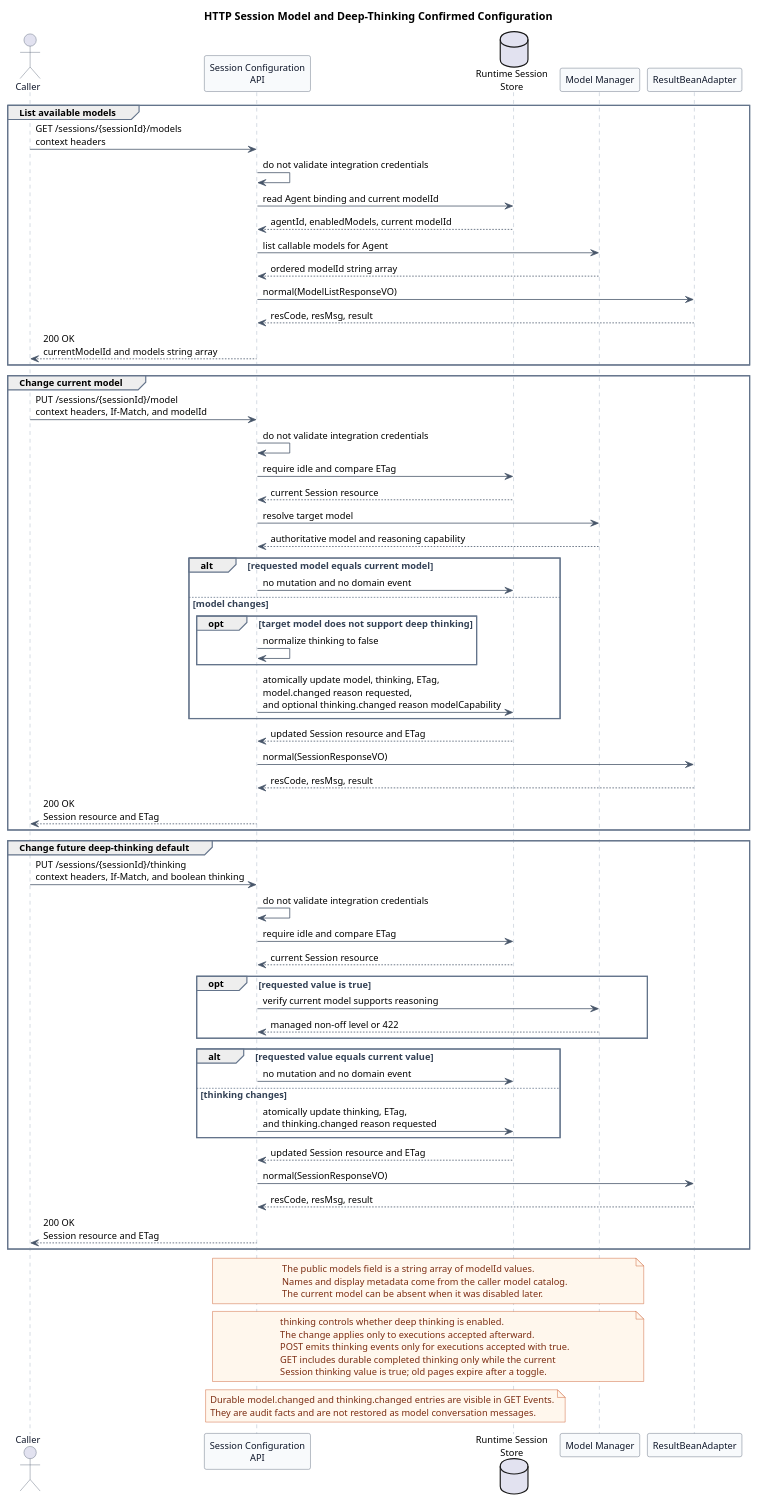
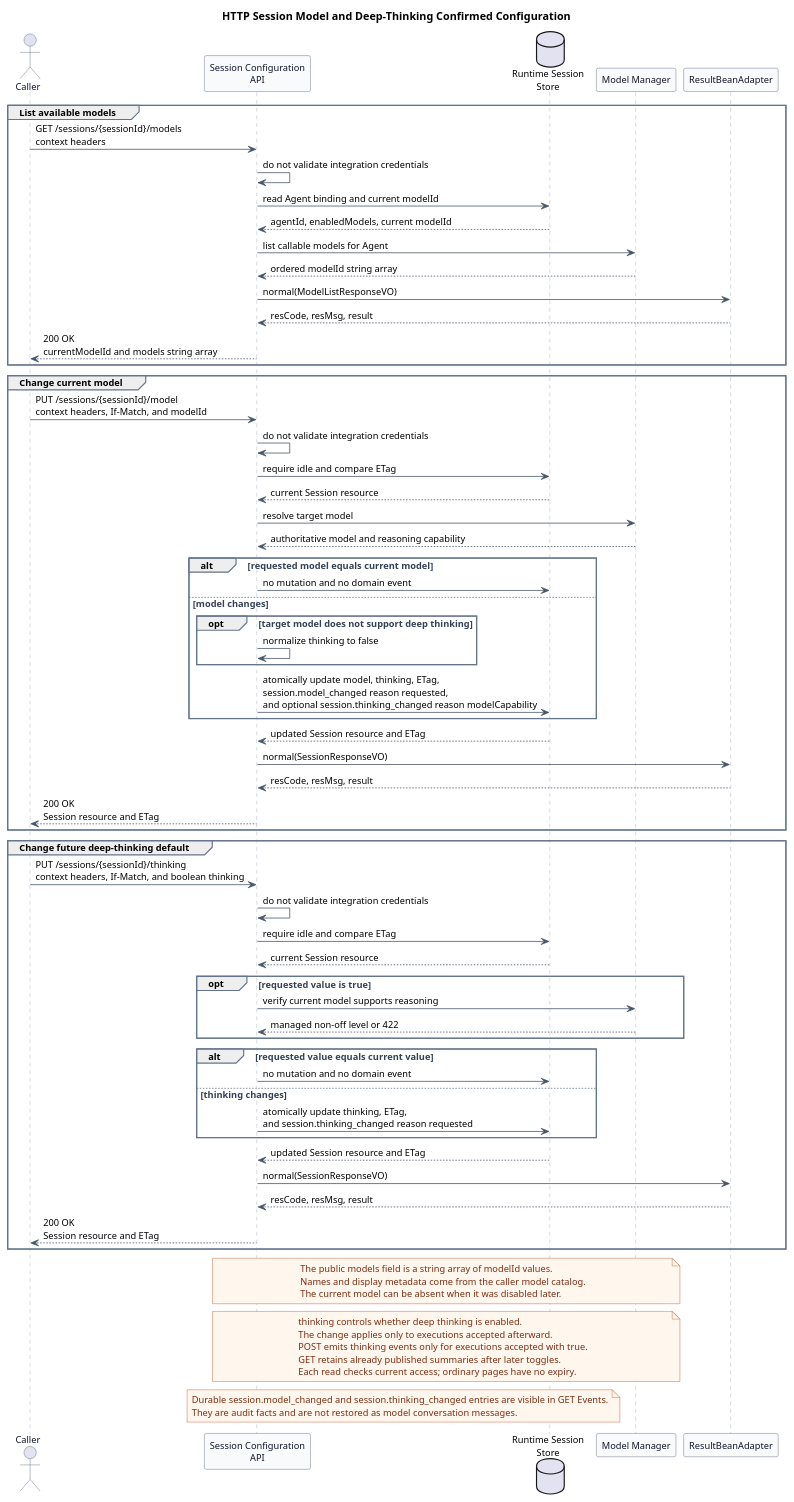
The diagram in 01-总体架构/01-CampusClaw多Agent运行时/设计图/会话配置/diagram.puml (ssm0808/pi-mono-java-design), drawn with PlantUML before and after one commit. The commit also changed 52 other files, not shown here.

Commit message:
docs(api): 完成 Events 与 Skill 接口批量对齐

```diff
--- a/01-总体架构/01-CampusClaw多Agent运行时/设计图/会话配置/diagram.puml
+++ b/01-总体架构/01-CampusClaw多Agent运行时/设计图/会话配置/diagram.puml
@@ -1,129 +1,129 @@
 @startuml http_session_model_configuration
 title HTTP Session Model and Deep-Thinking Confirmed Configuration
 
 ' Source evidence (pi-mono commit 5cd93f688aaab89dbb6dfa4aca535f21796ae185):
 ' packages/coding-agent/src/core/agent-session.ts, setModel and setThinkingLevel,
 ' lines 1586-1600 and 1684-1730
 ' packages/ai/src/types.ts, Model, lines 793-809
 ' packages/ai/src/models.ts, getSupportedThinkingLevels, lines 900-910
 ' Source evidence (pi-mono-java PR 167 f60cc3e78bb8b700527ac082c7c8e10524ede095):
 ' modules/coding-agent-cli/src/main/java/com/campusclaw/codingagent/runtimeapi/session/RuntimeSessionConfigurationService.java.
 ' modules/coding-agent-cli/src/main/java/com/campusclaw/codingagent/runtimeapi/web/RuntimeSessionConfigurationController.java.
 ' modules/coding-agent-cli/src/main/java/com/campusclaw/codingagent/runtimeapi/model/CatalogRuntimeModelManager.java.
 ' Source evidence (pi-mono-java PR 167 f60cc3e78bb8b700527ac082c7c8e10524ede095):
 ' modules/coding-agent-cli/src/main/java/com/campusclaw/codingagent/runtimeapi/vo/AvailableModelsResponseVO.java.
 ' modules/coding-agent-cli/src/main/java/com/campusclaw/codingagent/runtimeapi/vo/ChangeModelRequestVO.java.
 ' Observed behavior: current Java paths and model fields are snake_case.
 ' Observed behavior: both pi baselines can list models and change the active model.
 ' Their thinkingLevel values control model reasoning effort.
 ' Confirmed product constraint: HTTP thinking is a boolean deep-thinking switch; false maps to off,
 ' while true maps to a managed non-off level supported by the current model and Agent.
 ' Security hardening: model discovery is Session-scoped and exposes only modelId.
 ' Architecture change: HTTP configuration writes require an idle Session and a matching ETag.
-' Architecture change: completed thinking content becomes conditionally public in POST and GET events.
+' Architecture change: B05 retains published summaries; future thinking changes do not hide history.
 ' Architecture change: actual configuration changes append durable domain events in the same transaction.
 ' Architecture change: target HTTP fields use lowerCamelCase while If-Match keeps its header spelling.
 ' Product constraint: all Runtime operations carry integration-context headers without local validation.
 ' Design reason: prevent a configuration change from racing with an active execution while
 ' returning the common Session resource after every successful mutation.
 
 skinparam backgroundColor #FFFFFF
 skinparam shadowing false
 skinparam defaultFontName Arial
 skinparam defaultFontSize 12
 skinparam sequence {
   ArrowColor #475569
   ActorBorderColor #475569
   ActorFontColor #0F172A
   LifeLineBorderColor #94A3B8
   LifeLineBackgroundColor #F8FAFC
   ParticipantBorderColor #475569
   ParticipantBackgroundColor #F8FAFC
   ParticipantFontColor #0F172A
   GroupBorderColor #64748B
   GroupFontColor #334155
 }
 skinparam note {
   BackgroundColor #FFF7ED
   BorderColor #C2410C
   FontColor #7C2D12
 }
 
 actor Caller
 participant "Session Configuration\nAPI" as API
 database "Runtime Session\nStore" as Store
 participant "Model Manager" as Models
 participant ResultBeanAdapter
 
 group List available models
   Caller -> API : GET /sessions/{sessionId}/models\ncontext headers
   API -> API : do not validate integration credentials
   API -> Store : read Agent binding and current modelId
   Store --> API : agentId, enabledModels, current modelId
   API -> Models : list callable models for Agent
   Models --> API : ordered modelId string array
   API -> ResultBeanAdapter : normal(ModelListResponseVO)
   ResultBeanAdapter --> API : resCode, resMsg, result
   API --> Caller : 200 OK\ncurrentModelId and models string array
 end
 
 group Change current model
   Caller -> API : PUT /sessions/{sessionId}/model\ncontext headers, If-Match, and modelId
   API -> API : do not validate integration credentials
   API -> Store : require idle and compare ETag
   Store --> API : current Session resource
   API -> Models : resolve target model
   Models --> API : authoritative model and reasoning capability
   alt requested model equals current model
     API -> Store : no mutation and no domain event
   else model changes
     opt target model does not support deep thinking
       API -> API : normalize thinking to false
     end
-    API -> Store : atomically update model, thinking, ETag,\nmodel.changed reason requested,\nand optional thinking.changed reason modelCapability
+    API -> Store : atomically update model, thinking, ETag,\nsession.model_changed reason requested,\nand optional session.thinking_changed reason modelCapability
   end
   Store --> API : updated Session resource and ETag
   API -> ResultBeanAdapter : normal(SessionResponseVO)
   ResultBeanAdapter --> API : resCode, resMsg, result
   API --> Caller : 200 OK\nSession resource and ETag
 end
 
 group Change future deep-thinking default
   Caller -> API : PUT /sessions/{sessionId}/thinking\ncontext headers, If-Match, and boolean thinking
   API -> API : do not validate integration credentials
   API -> Store : require idle and compare ETag
   Store --> API : current Session resource
   opt requested value is true
     API -> Models : verify current model supports reasoning
     Models --> API : managed non-off level or 422
   end
   alt requested value equals current value
     API -> Store : no mutation and no domain event
   else thinking changes
-    API -> Store : atomically update thinking, ETag,\nand thinking.changed reason requested
+    API -> Store : atomically update thinking, ETag,\nand session.thinking_changed reason requested
   end
   Store --> API : updated Session resource and ETag
   API -> ResultBeanAdapter : normal(SessionResponseVO)
   ResultBeanAdapter --> API : resCode, resMsg, result
   API --> Caller : 200 OK\nSession resource and ETag
 end
 
 note over API,Models
 The public models field is a string array of modelId values.
 Names and display metadata come from the caller model catalog.
 The current model can be absent when it was disabled later.
 end note
 
 note over API,Models
 thinking controls whether deep thinking is enabled.
 The change applies only to executions accepted afterward.
 POST emits thinking events only for executions accepted with true.
-GET includes durable completed thinking only while the current
-Session thinking value is true; old pages expire after a toggle.
+GET retains already published summaries after later toggles.
+Each read checks current access; ordinary pages have no expiry.
 end note
 
 note over API,Store
-Durable model.changed and thinking.changed entries are visible in GET Events.
+Durable session.model_changed and session.thinking_changed entries are visible in GET Events.
 They are audit facts and are not restored as model conversation messages.
 end note
 @enduml
```
